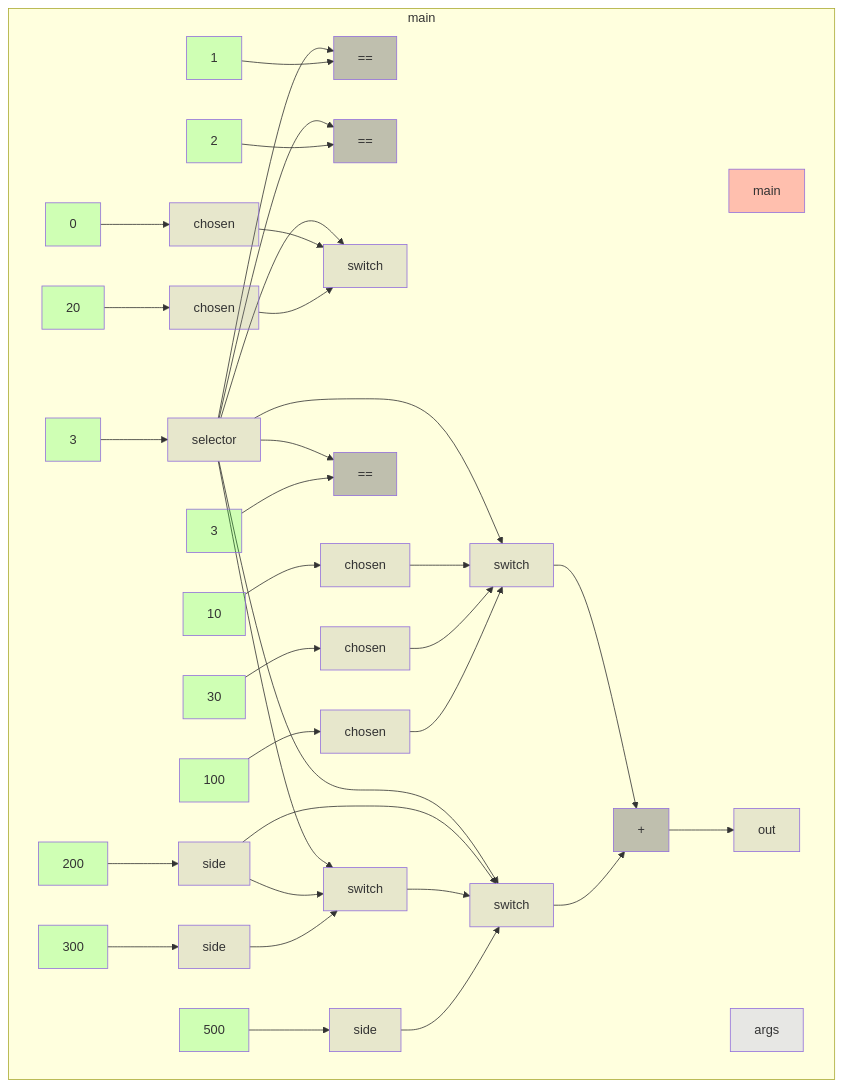
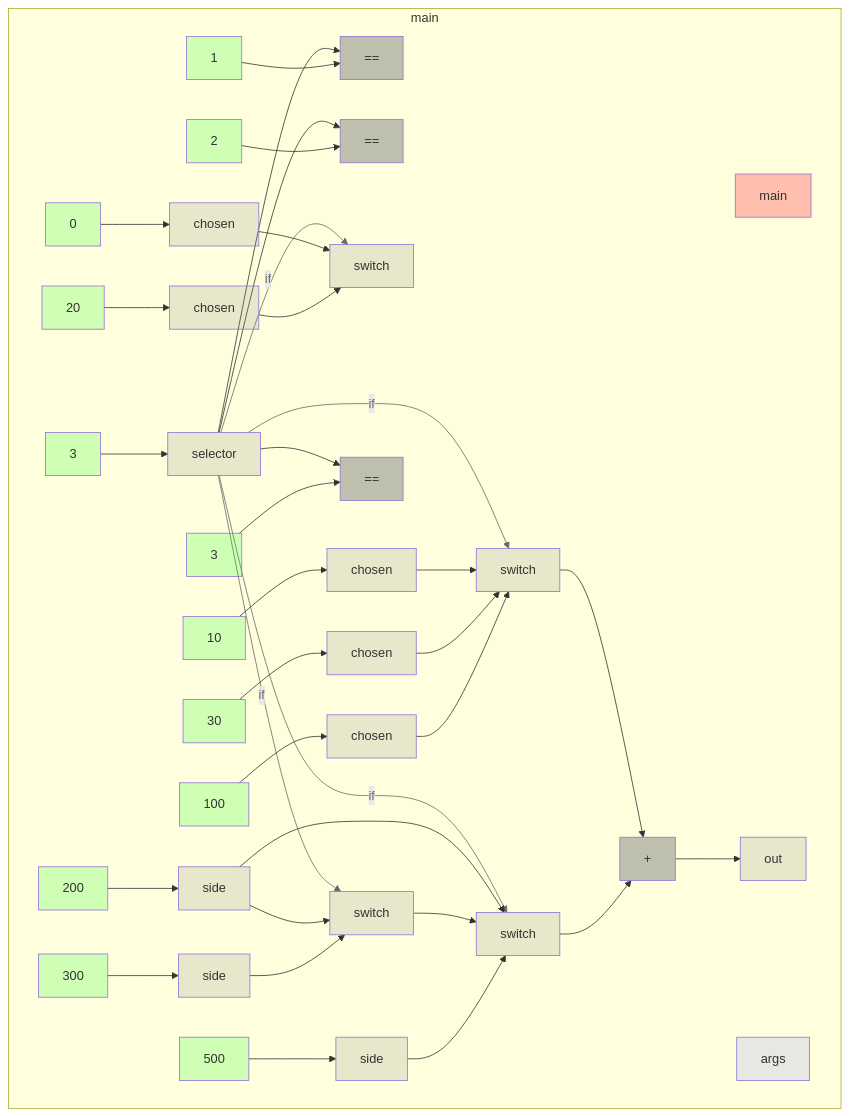
Before and after one commit to gstiebler/codeflow: the diagram in app/src/test/resources/switchStatement/truth.md, drawn with Mermaid. The commit also changed 18 other files, not shown here.

````diff
--- a/app/src/test/resources/switchStatement/truth.md
+++ b/app/src/test/resources/switchStatement/truth.md
@@ -1,76 +1,80 @@
 ```mermaid
 flowchart TD
   subgraph b0["main"]
     n1[main]:::RETURN
     n2[args]:::FUNC_PARAM
     n3[3]:::LITERAL
     n4[selector]:::VARIABLE
     n5[0]:::LITERAL
     n6[chosen]:::VARIABLE
     n7[200]:::LITERAL
     n8[side]:::VARIABLE
     n9[1]:::LITERAL
     n10[==]:::BIN_OP
     n11[10]:::LITERAL
     n12[chosen]:::VARIABLE
     n13[2]:::LITERAL
     n14[==]:::BIN_OP
     n15[20]:::LITERAL
     n16[chosen]:::VARIABLE
     n17[300]:::LITERAL
     n18[side]:::VARIABLE
     n19[switch]:::VARIABLE
     n20[switch]:::VARIABLE
     n21[3]:::LITERAL
     n22[==]:::BIN_OP
     n23[30]:::LITERAL
     n24[chosen]:::VARIABLE
     n25[100]:::LITERAL
     n26[chosen]:::VARIABLE
     n27[500]:::LITERAL
     n28[side]:::VARIABLE
     n29[switch]:::VARIABLE
     n30[switch]:::VARIABLE
     n31[+]:::BIN_OP
     n32[out]:::VARIABLE
     n3[3]:::LITERAL --> n4[selector]:::VARIABLE
     n4[selector]:::VARIABLE --> n10[==]:::BIN_OP
     n4[selector]:::VARIABLE --> n14[==]:::BIN_OP
-    n4[selector]:::VARIABLE --> n19[switch]:::VARIABLE
-    n4[selector]:::VARIABLE --> n20[switch]:::VARIABLE
+    n4[selector]:::VARIABLE -->|if| n19[switch]:::VARIABLE
+    n4[selector]:::VARIABLE -->|if| n20[switch]:::VARIABLE
     n4[selector]:::VARIABLE --> n22[==]:::BIN_OP
-    n4[selector]:::VARIABLE --> n29[switch]:::VARIABLE
-    n4[selector]:::VARIABLE --> n30[switch]:::VARIABLE
+    n4[selector]:::VARIABLE -->|if| n29[switch]:::VARIABLE
+    n4[selector]:::VARIABLE -->|if| n30[switch]:::VARIABLE
     n5[0]:::LITERAL --> n6[chosen]:::VARIABLE
     n6[chosen]:::VARIABLE --> n19[switch]:::VARIABLE
     n7[200]:::LITERAL --> n8[side]:::VARIABLE
     n8[side]:::VARIABLE --> n20[switch]:::VARIABLE
     n8[side]:::VARIABLE --> n30[switch]:::VARIABLE
     n9[1]:::LITERAL --> n10[==]:::BIN_OP
     n11[10]:::LITERAL --> n12[chosen]:::VARIABLE
     n12[chosen]:::VARIABLE --> n29[switch]:::VARIABLE
     n13[2]:::LITERAL --> n14[==]:::BIN_OP
     n15[20]:::LITERAL --> n16[chosen]:::VARIABLE
     n16[chosen]:::VARIABLE --> n19[switch]:::VARIABLE
     n17[300]:::LITERAL --> n18[side]:::VARIABLE
     n18[side]:::VARIABLE --> n20[switch]:::VARIABLE
     n20[switch]:::VARIABLE --> n30[switch]:::VARIABLE
     n21[3]:::LITERAL --> n22[==]:::BIN_OP
     n23[30]:::LITERAL --> n24[chosen]:::VARIABLE
     n24[chosen]:::VARIABLE --> n29[switch]:::VARIABLE
     n25[100]:::LITERAL --> n26[chosen]:::VARIABLE
     n26[chosen]:::VARIABLE --> n29[switch]:::VARIABLE
     n27[500]:::LITERAL --> n28[side]:::VARIABLE
     n28[side]:::VARIABLE --> n30[switch]:::VARIABLE
     n29[switch]:::VARIABLE --> n31[+]:::BIN_OP
     n30[switch]:::VARIABLE --> n31[+]:::BIN_OP
     n31[+]:::BIN_OP --> n32[out]:::VARIABLE
   end
+  linkStyle 3 stroke:#6a6a6a,color:#6a6a6a
+  linkStyle 4 stroke:#6a6a6a,color:#6a6a6a
+  linkStyle 6 stroke:#6a6a6a,color:#6a6a6a
+  linkStyle 7 stroke:#6a6a6a,color:#6a6a6a
   classDef LITERAL fill:#00FF0030
   classDef VARIABLE fill:#80808030
   classDef BIN_OP fill:#80808080
   classDef FUNC_PARAM fill:#8080FF30
   classDef RETURN fill:#FF808080
   classDef EXTERNAL fill:#FFA50040
   classDef UNMODELLED fill:#FF000030,stroke-dasharray: 4 2
 ```
````
